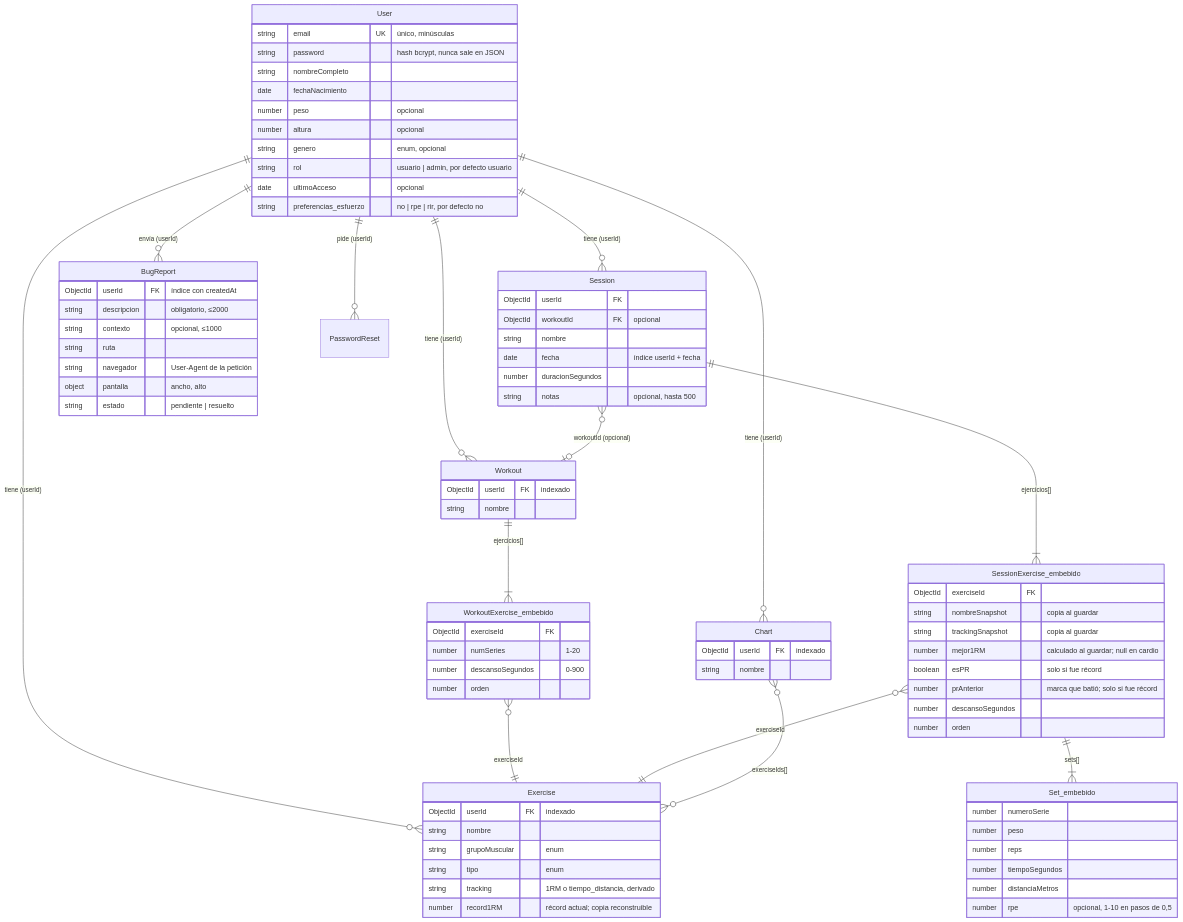
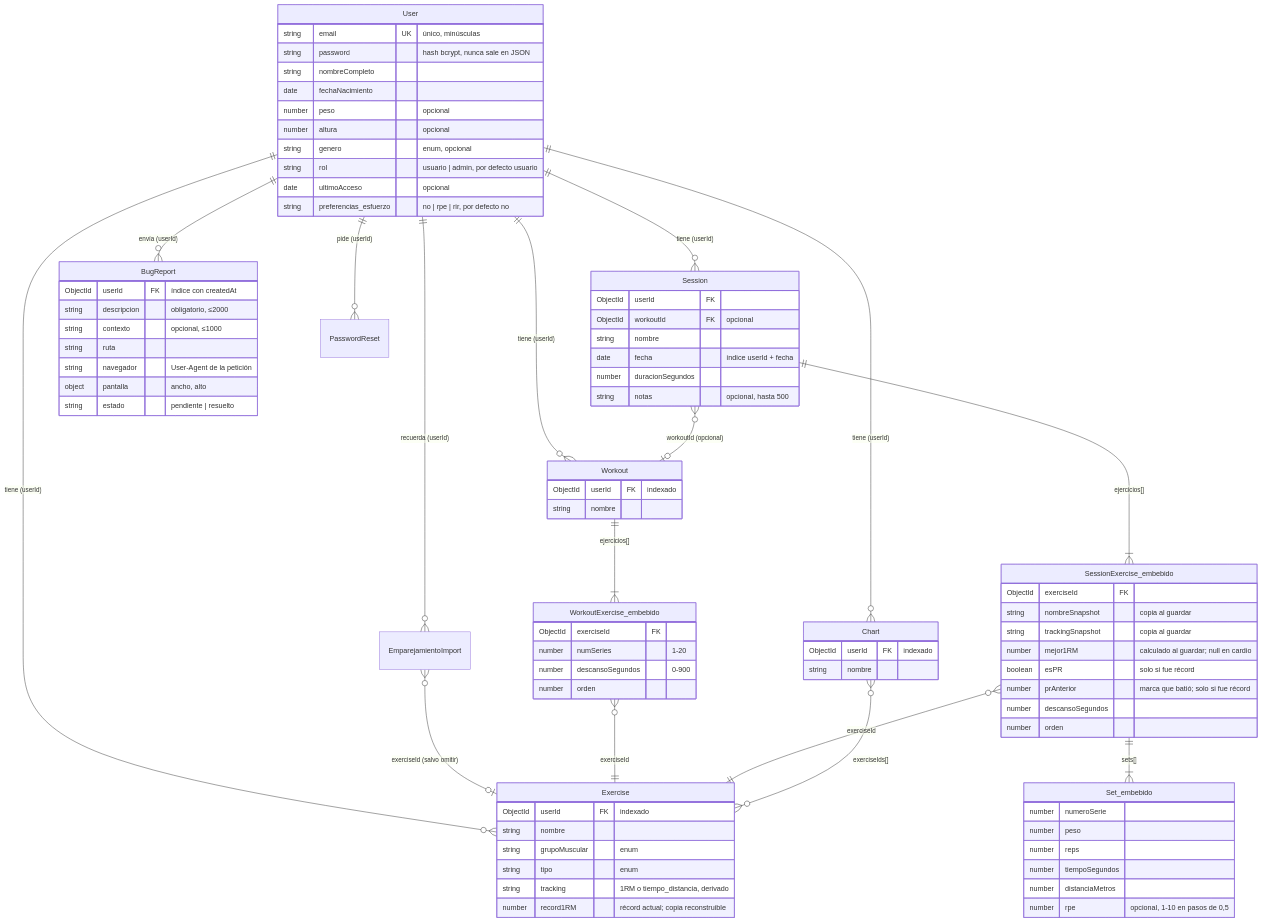
One commit to daviddhernandez2/yieldfit changed the first of 7 diagrams in docs/modelo-datos.md. Above: the diagram before and after it, drawn with Mermaid. The commit also changed other lines of this file and 7 other files, not shown here.

```diff
--- a/docs/modelo-datos.md
+++ b/docs/modelo-datos.md
@@ -18,6 +18,8 @@
     User ||--o{ Chart : "tiene (userId)"
     User ||--o{ BugReport : "envía (userId)"
     User ||--o{ PasswordReset : "pide (userId)"
+    User ||--o{ EmparejamientoImport : "recuerda (userId)"
+    EmparejamientoImport }o--o| Exercise : "exerciseId (salvo omitir)"
 
     Workout ||--|{ WorkoutExercise_embebido : "ejercicios[]"
     Session ||--|{ SessionExercise_embebido : "ejercicios[]"
```
